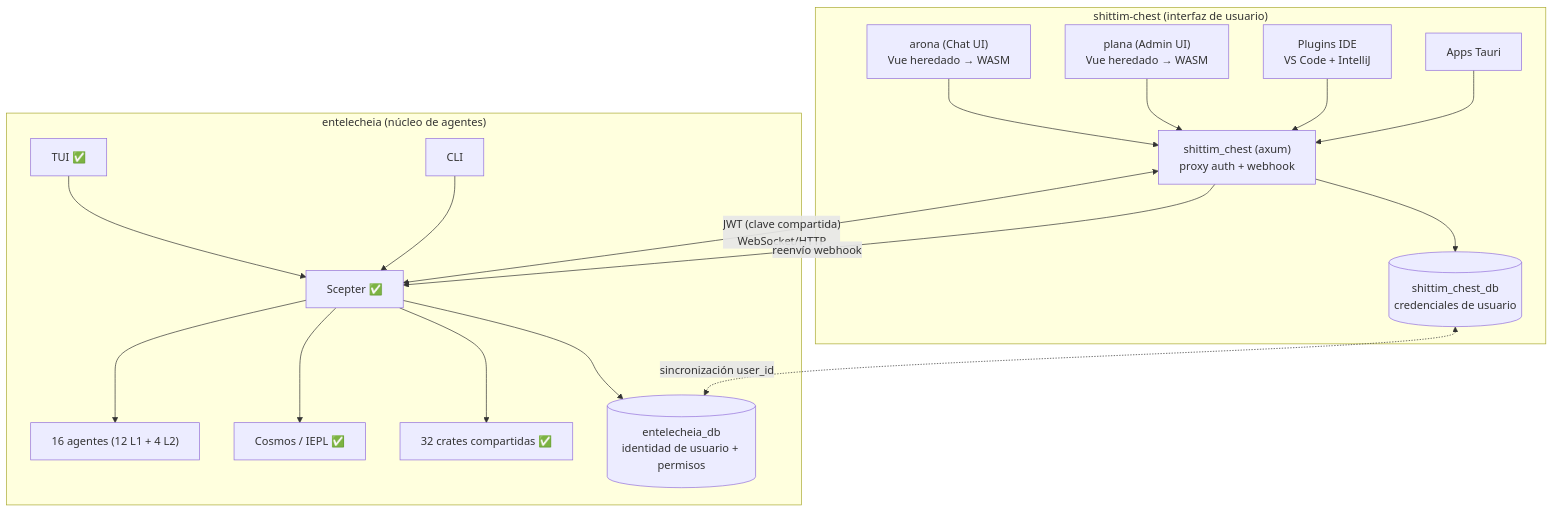
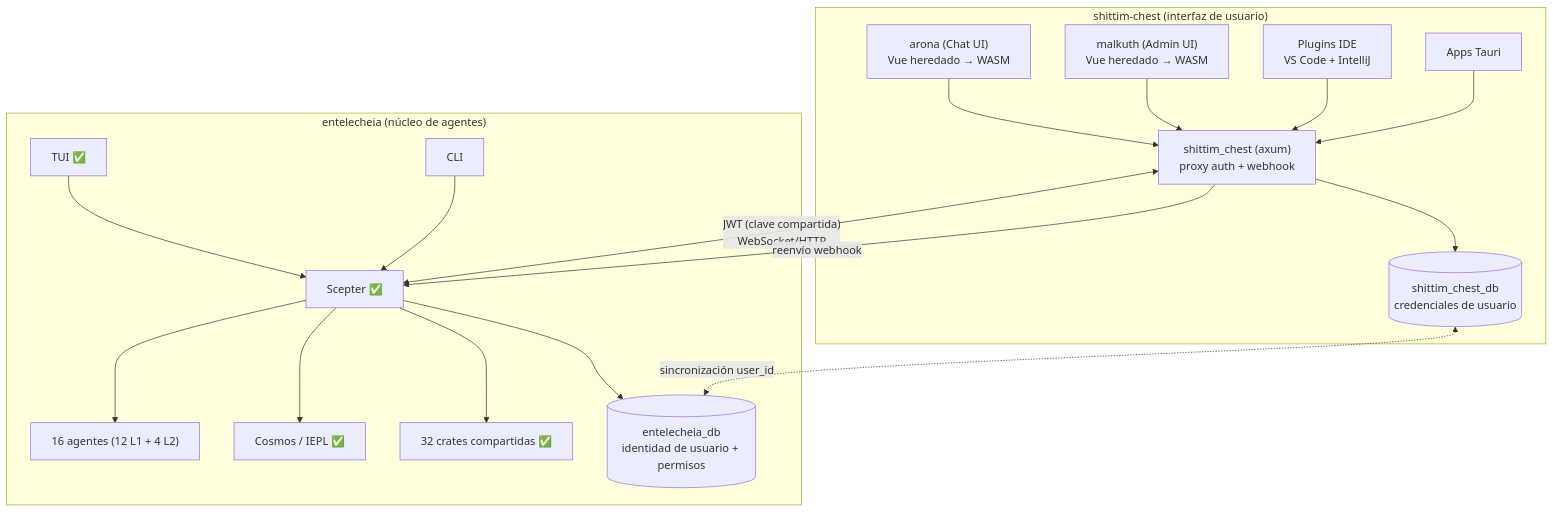
One commit to celestia-island/docs.celestia.world changed the second of 9 diagrams in docs/es/designs/core/architecture.md. Above: the diagram before and after it, drawn with Mermaid. The commit also changed other lines of this file and 57 other files, not shown here.

First line of the commit message:
rename: plana -> malkuth across docs

````diff
--- a/docs/es/designs/core/architecture.md
+++ b/docs/es/designs/core/architecture.md
@@ -83,36 +83,36 @@
 ```mermaid
 flowchart TB
     subgraph shittim_chest["shittim-chest (interfaz de usuario)"]
         Arona["arona (Chat UI)\nVue heredado → WASM"]
-        Plana["plana (Admin UI)\nVue heredado → WASM"]
+        Malkuth["malkuth (Admin UI)\nVue heredado → WASM"]
         SC["shittim_chest (axum)\nproxy auth + webhook"]
         IDE["Plugins IDE\nVS Code + IntelliJ"]
         Tauri["Apps Tauri"]
         SC_DB[("shittim_chest_db\ncredenciales de usuario")]
         Arona --> SC
-        Plana --> SC
+        Malkuth --> SC
         IDE --> SC
         Tauri --> SC
         SC --> SC_DB
     end
 
     subgraph entelecheia["entelecheia (núcleo de agentes)"]
         TUI["TUI ✅"]
         CLI["CLI"]
         Scepter["Scepter ✅"]
         Agents["16 agentes (12 L1 + 4 L2)"]
         Cosmos["Cosmos / IEPL ✅"]
         Shared["32 crates compartidas ✅"]
         ENT_DB[("entelecheia_db\nidentidad de usuario + permisos")]
         TUI --> Scepter
         CLI --> Scepter
         Scepter --> Agents
         Scepter --> Cosmos
         Scepter --> Shared
         Scepter --> ENT_DB
     end
 
     SC <-->|"JWT (clave compartida)\nWebSocket/HTTP"| Scepter
     SC -->|"reenvío webhook"| Scepter
     SC_DB <-.->|"sincronización user_id"| ENT_DB
 ```
````
